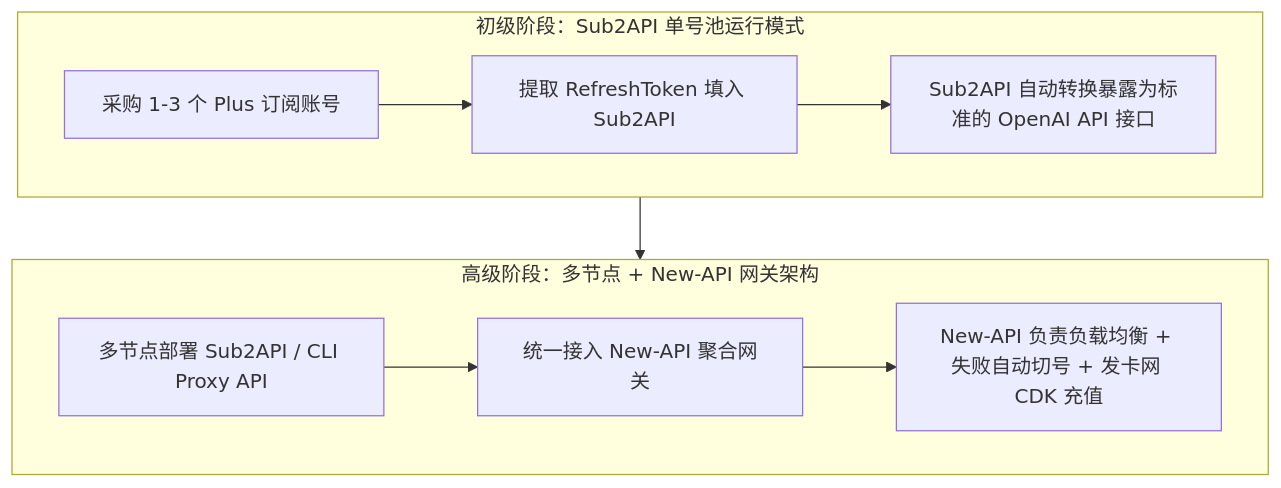
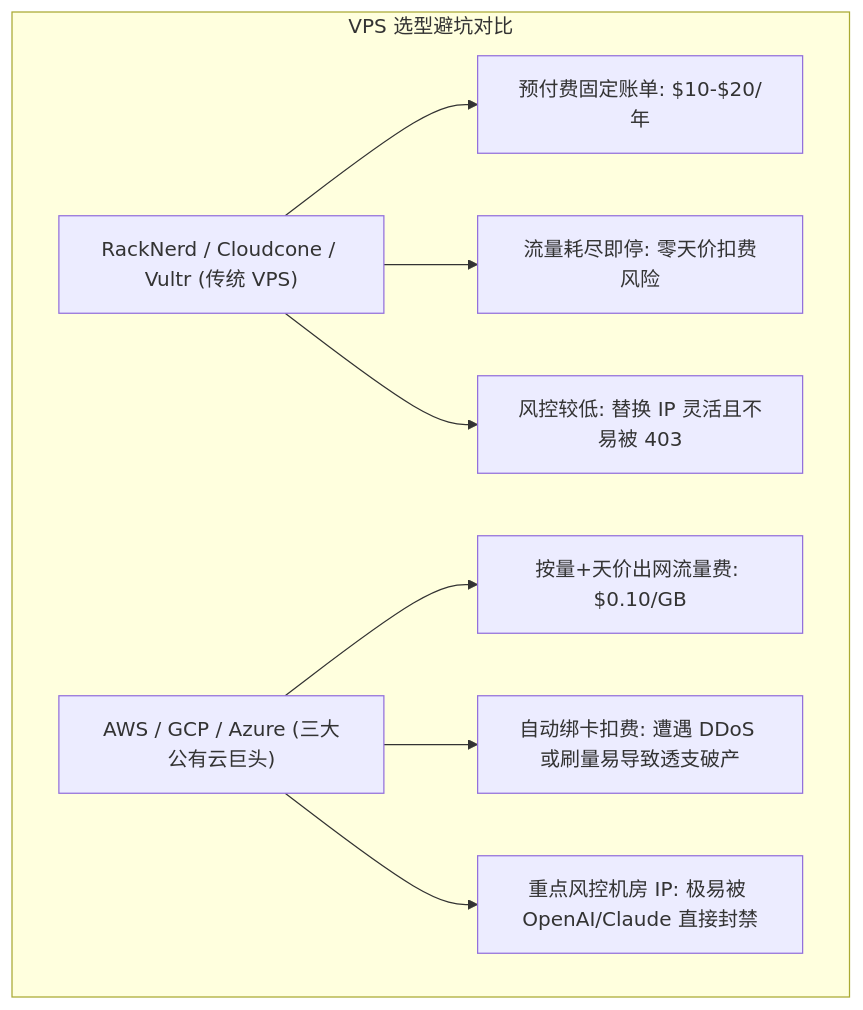
The diagram in skills/sk-api-relay-monetization/SKILL.md (ss22219/skilldb), drawn with Mermaid before and after one commit. The commit also changed other lines of this file and 1 other file, not shown here.

Commit message:
docs: add VPS selection comparison (RackNerd/Vultr vs AWS/GCP/Azure) to sk-api-relay-monetization

````diff
--- a/skills/sk-api-relay-monetization/SKILL.md
+++ b/skills/sk-api-relay-monetization/SKILL.md
@@ -31,14 +30,12 @@
 ```mermaid
 flowchart TD
-    subgraph step1 ["初级阶段：Sub2API 单号池运行模式"]
-        A1[采购 1-3 个 Plus 订阅账号] --> A2[提取 RefreshToken 填入 Sub2API]
-        A2 --> A3[Sub2API 自动转换暴露为标准的 OpenAI API 接口]
+    subgraph compare ["VPS 选型避坑对比"]
+        A["RackNerd / Cloudcone / Vultr (传统 VPS)"] --> A1[预付费固定账单: $10-$20/年]
+        A --> A2[流量耗尽即停: 零天价扣费风险]
+        A --> A3[风控较低: 替换 IP 灵活且不易被 403]
+
+        B["AWS / GCP / Azure (三大公有云巨头)"] --> B1[按量+天价出网流量费: $0.10/GB]
+        B --> B2[自动绑卡扣费: 遭遇 DDoS 或刷量易导致透支破产]
+        B --> B3[重点风控机房 IP: 极易被 OpenAI/Claude 直接封禁]
     end
-
-    subgraph step2 ["高级阶段：多节点 + New-API 网关架构"]
-        B1[多节点部署 Sub2API / CLI Proxy API] --> B2[统一接入 New-API 聚合网关]
-        B2 --> B3[New-API 负责负载均衡 + 失败自动切号 + 发卡网 CDK 充值]
-    end
-
-    step1 --> step2
 ```
````
